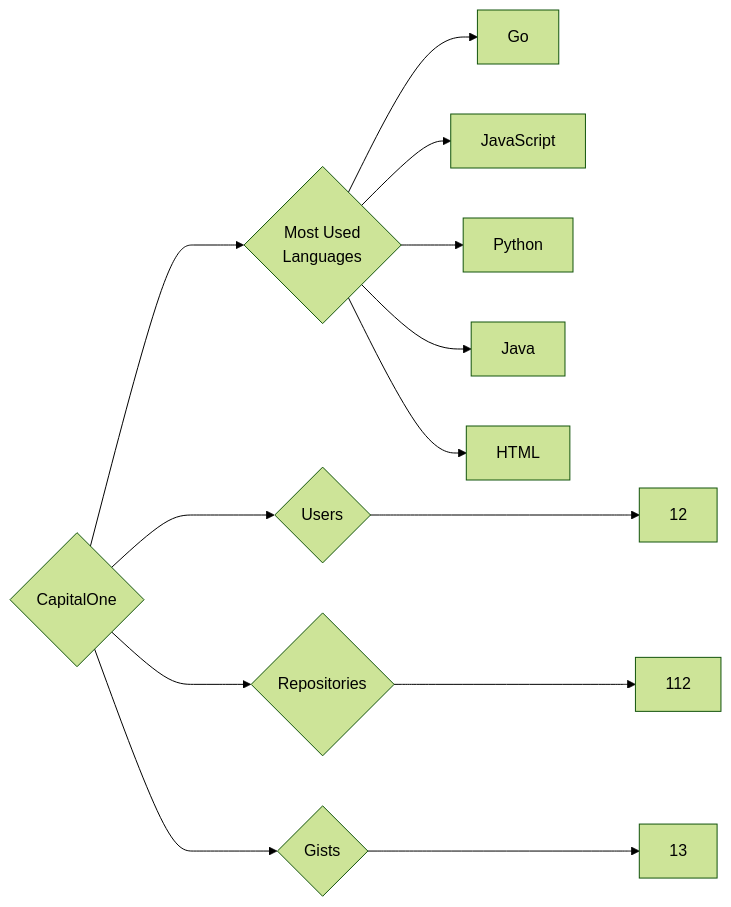
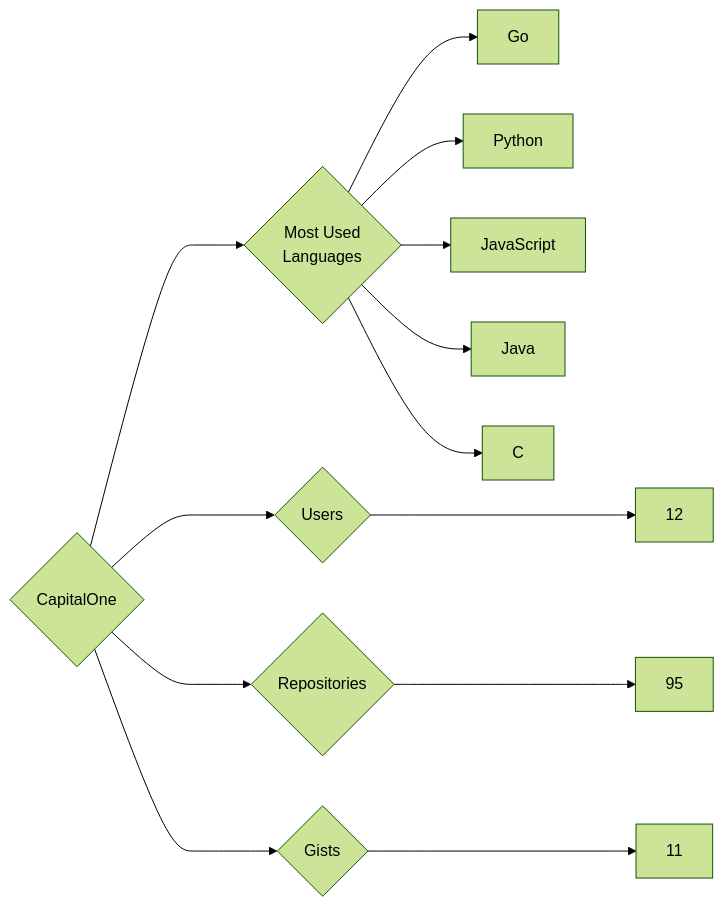
The diagram in targets/CapitalOne/README.md (trickest/insiders), drawn with Mermaid (forest theme) before and after one commit. The commit also changed 860 other files, not shown here.

````diff
--- a/targets/CapitalOne/README.md
+++ b/targets/CapitalOne/README.md
@@ -3,13 +3,13 @@
 ```mermaid
 graph LR
 COMPANY_NAME{CapitalOne}
 COMPANY_NAME ---> U{Users} ---> UN[12]
-COMPANY_NAME ---> R{Repositories} ---> RN[112]
-COMPANY_NAME ---> G{Gists} ---> GN[13]
+COMPANY_NAME ---> R{Repositories} ---> RN[95]
+COMPANY_NAME ---> G{Gists} ---> GN[11]
 COMPANY_NAME ---> ML{Most Used<br>Languages}
 ML --> Go[Go]
+ML --> Python[Python]
 ML --> JavaScript[JavaScript]
-ML --> Python[Python]
 ML --> Java[Java]
-ML --> HTML[HTML]
+ML --> C[C]
 ```
````
